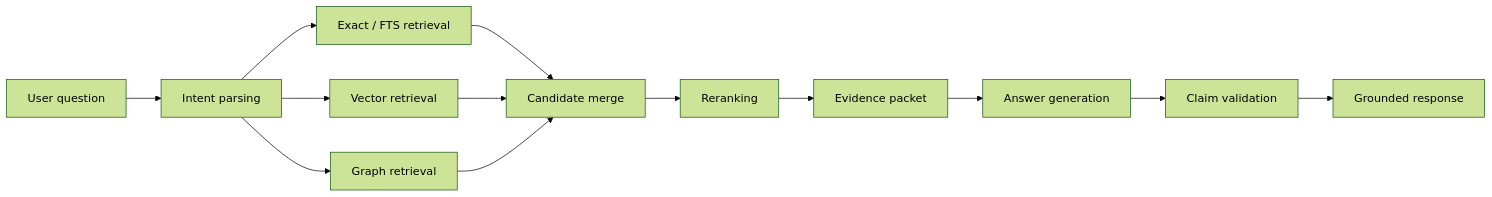
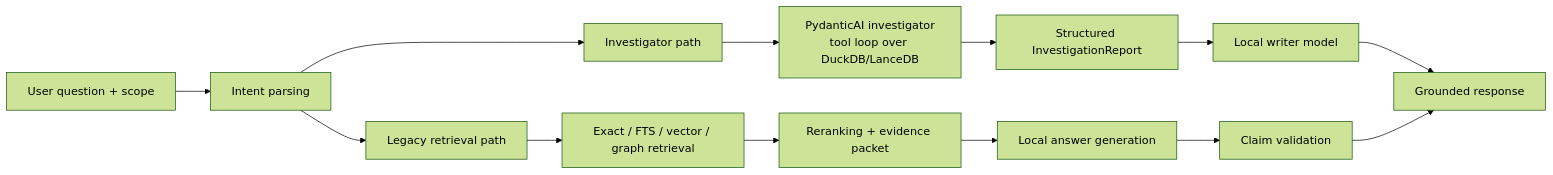
Before and after one commit to meabs/localsearch: the third of 3 diagrams in README.md, drawn with Mermaid (forest theme). The commit also changed other lines of this file and 25 other files, not shown here.

Commit message:
Add investigator agent pipeline and scope-aware local routing

````diff
--- a/README.md
+++ b/README.md
@@ -115,15 +116,15 @@
 ```mermaid
 flowchart LR
-    A["User question"] --> B["Intent parsing"]
-    B --> C["Exact / FTS retrieval"]
-    B --> D["Vector retrieval"]
-    B --> E["Graph retrieval"]
-    C --> F["Candidate merge"]
-    D --> F
-    E --> F
-    F --> G["Reranking"]
-    G --> H["Evidence packet"]
-    H --> I["Answer generation"]
-    I --> J["Claim validation"]
-    J --> K["Grounded response"]
+    A["User question + scope"] --> B["Intent parsing"]
+    B --> C["Investigator path"]
+    B --> D["Legacy retrieval path"]
+    C --> E["PydanticAI investigator<br/>tool loop over DuckDB/LanceDB"]
+    E --> F["Structured InvestigationReport"]
+    F --> G["Local writer model"]
+    D --> H["Exact / FTS / vector / graph retrieval"]
+    H --> I["Reranking + evidence packet"]
+    I --> J["Local answer generation"]
+    J --> K["Claim validation"]
+    G --> L["Grounded response"]
+    K --> L
 ```
````
